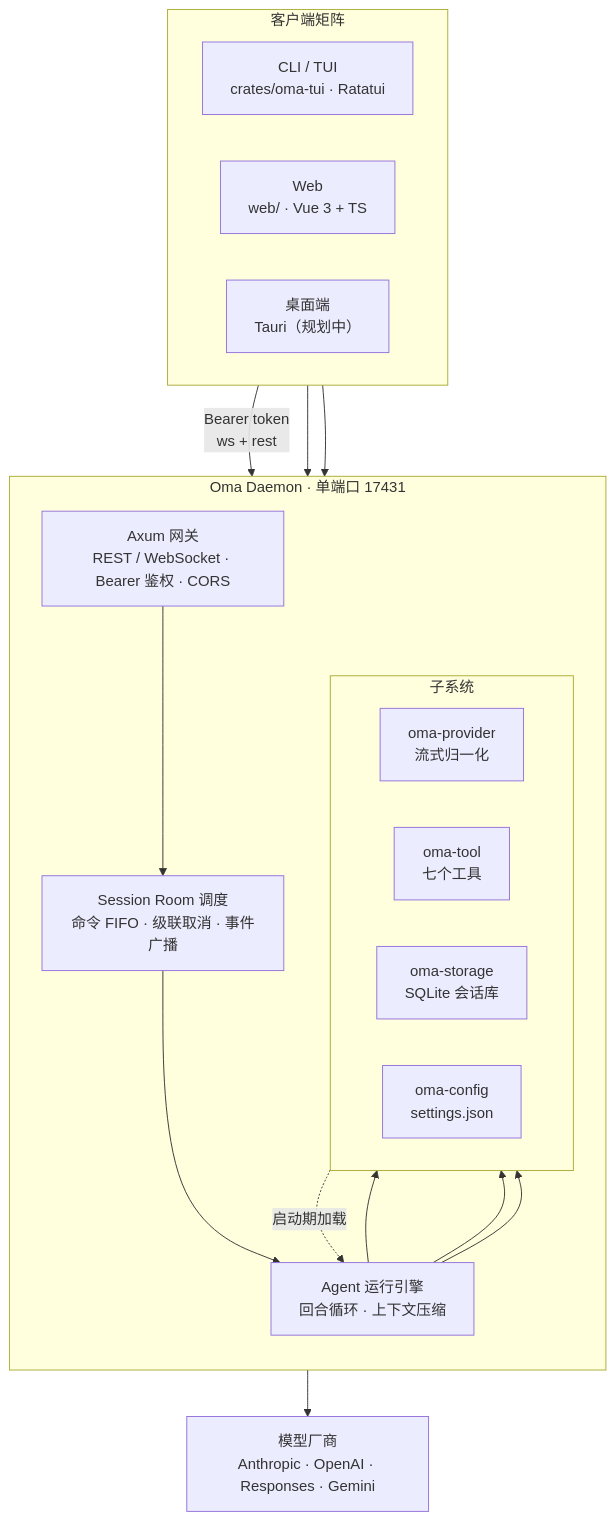
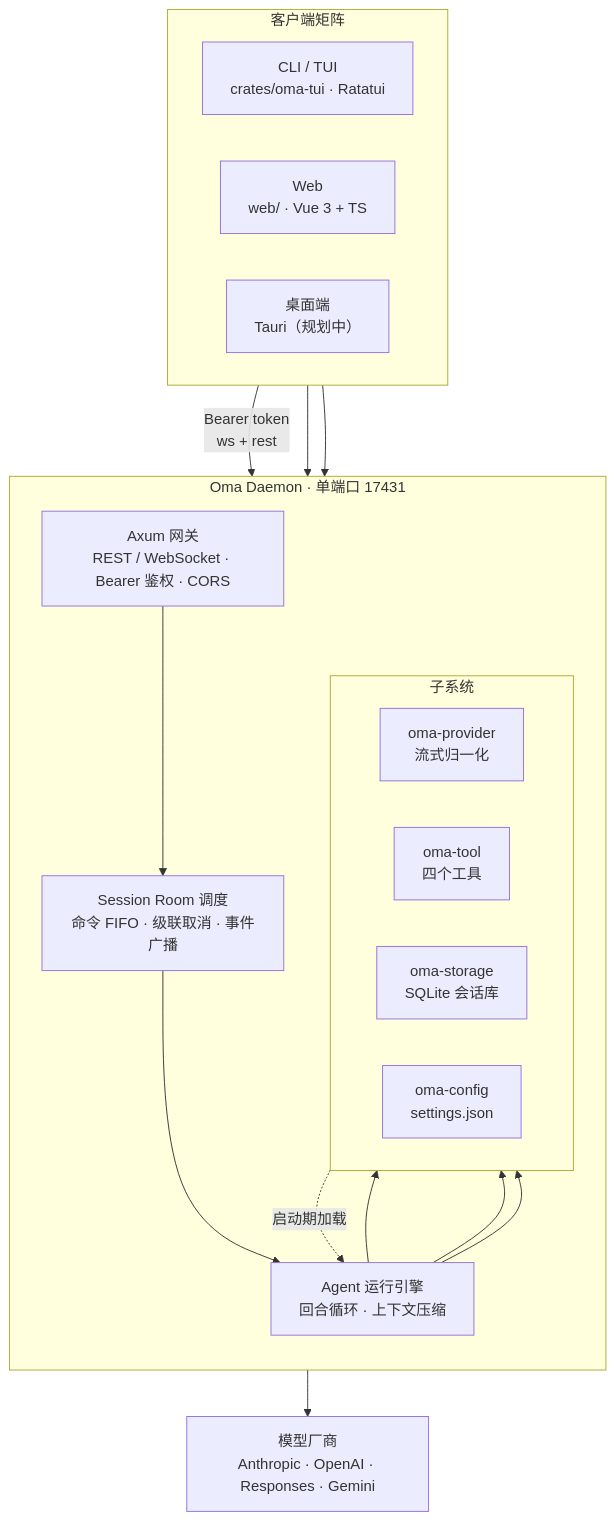
One commit to waittide/oma changed the diagram in README.md. Above: the diagram before and after it, drawn with Mermaid. The commit also changed other lines of this file and 2 other files, not shown here.

````diff
--- a/README.md
+++ b/README.md
@@ -92,34 +93,34 @@
 ```mermaid
 flowchart TB
     subgraph Clients["客户端矩阵"]
         direction LR
         TUI["CLI / TUI<br/>crates/oma-tui · Ratatui"]
         WEB["Web<br/>web/ · Vue 3 + TS"]
         DESK["桌面端<br/>Tauri（规划中）"]
     end
 
     subgraph Daemon["Oma Daemon · 单端口 17431"]
         direction TB
         GW["Axum 网关<br/>REST / WebSocket · Bearer 鉴权 · CORS"]
         ROOM["Session Room 调度<br/>命令 FIFO · 级联取消 · 事件广播"]
         ENGINE["Agent 运行引擎<br/>回合循环 · 上下文压缩"]
         subgraph Sub["子系统"]
             direction LR
             PROV["oma-provider<br/>流式归一化"]
-            TOOL["oma-tool<br/>七个工具"]
+            TOOL["oma-tool<br/>四个工具"]
             STORE["oma-storage<br/>SQLite 会话库"]
             CONF["oma-config<br/>settings.json"]
         end
     end
 
     VENDORS["模型厂商<br/>Anthropic · OpenAI · Responses · Gemini"]
 
     TUI -->|"Bearer token<br/>ws + rest"| GW
     WEB --> GW
     DESK --> GW
     GW --> ROOM --> ENGINE
     ENGINE --> PROV --> VENDORS
     ENGINE --> TOOL
     ENGINE --> STORE
     CONF -.->|"启动期加载"| ENGINE
 ```
````
